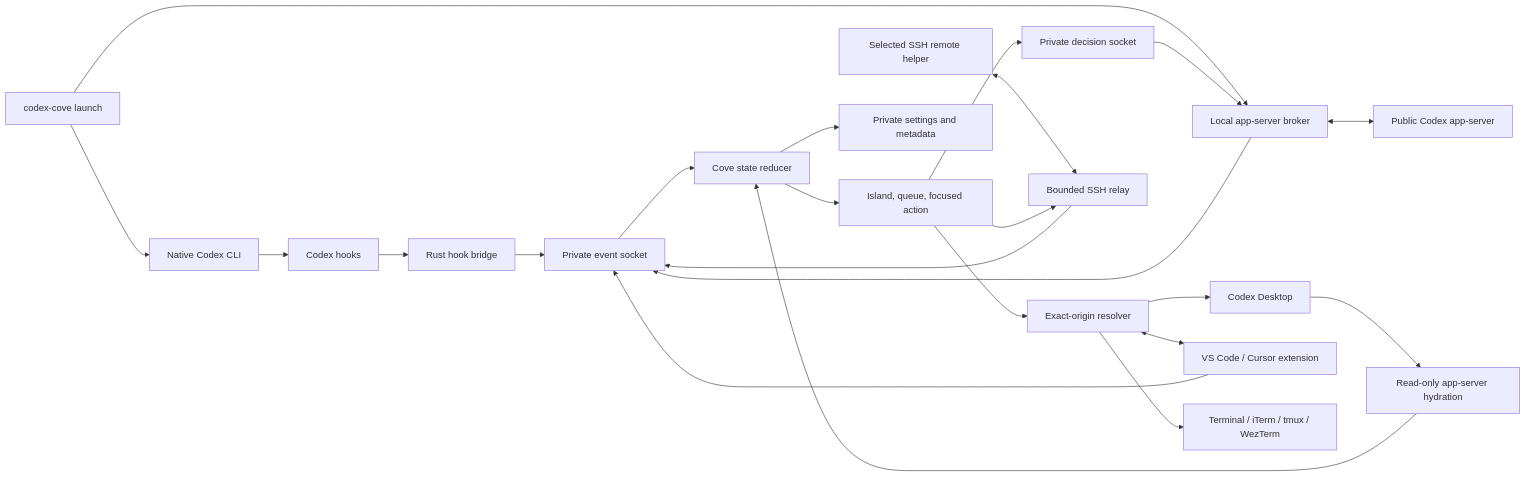
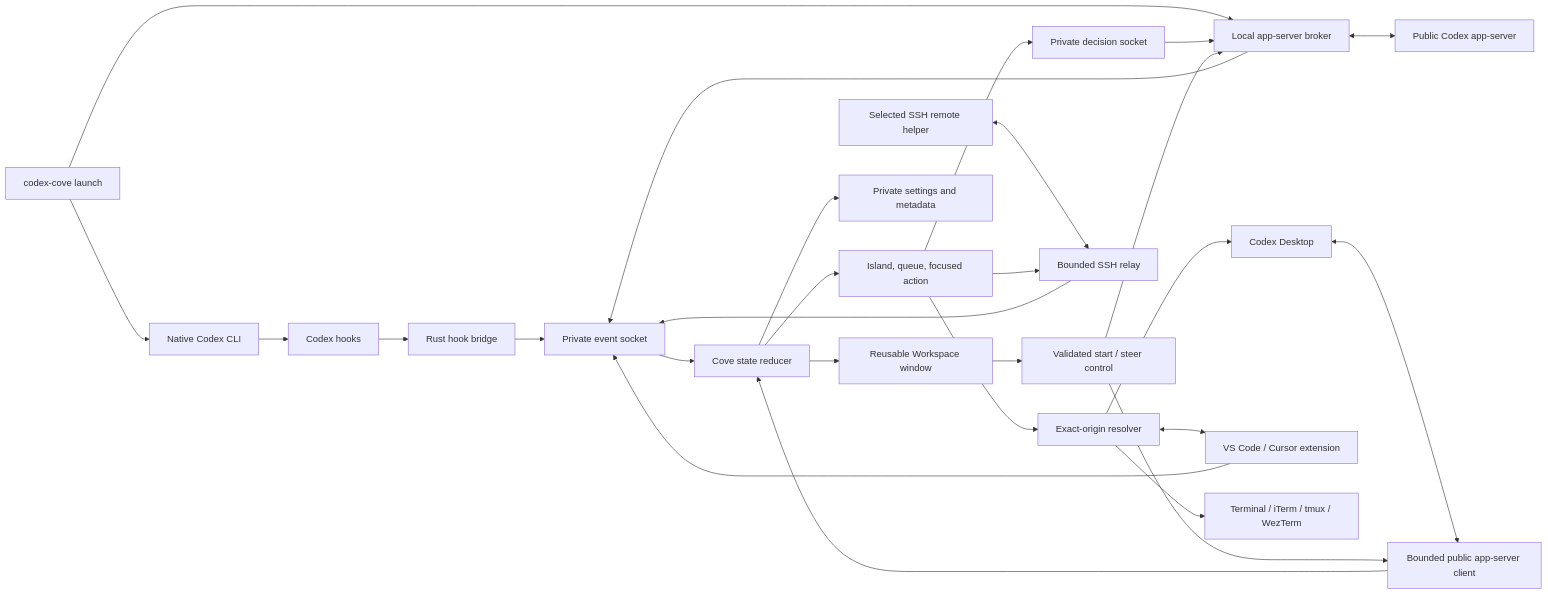
Before and after one commit to cdimartino/codex-cove: the diagram in docs/ARCHITECTURE.md, drawn with Mermaid. The commit also changed other lines of this file and 46 other files, not shown here.

````diff
--- a/docs/ARCHITECTURE.md
+++ b/docs/ARCHITECTURE.md
@@ -9,30 +9,34 @@
 ```mermaid
 flowchart LR
     CLI["Native Codex CLI"] --> HOOK["Codex hooks"]
     LAUNCH["codex-cove launch"] --> CLI
     LAUNCH --> BROKER["Local app-server broker"]
     BROKER <--> AS["Public Codex app-server"]
     HOOK --> HELPER["Rust hook bridge"]
     BROKER --> EVENT["Private event socket"]
     HELPER --> EVENT
 
-    DESKTOP["Codex Desktop"] --> DAS["Read-only app-server hydration"]
+    DESKTOP["Codex Desktop"] <--> DAS["Bounded public app-server client"]
     DAS --> STORE["Cove state reducer"]
     EVENT --> STORE
 
     EDITOR["VS Code / Cursor extension"] --> EVENT
     STORE --> UI["Island, queue, focused action"]
+    STORE --> WORKSPACE["Reusable Workspace window"]
     UI --> DECISION["Private decision socket"]
     DECISION --> BROKER
+    WORKSPACE --> CONTROL["Validated start / steer control"]
+    CONTROL --> BROKER
+    CONTROL --> DAS
 
     UI --> JUMP["Exact-origin resolver"]
     JUMP <--> EDITOR
     JUMP --> TERMINAL["Terminal / iTerm / tmux / WezTerm"]
     JUMP --> DESKTOP
 
     REMOTE["Selected SSH remote helper"] <--> RELAY["Bounded SSH relay"]
     RELAY --> EVENT
     UI --> RELAY
 
     STORE --> META["Private settings and metadata"]
 ```
````
